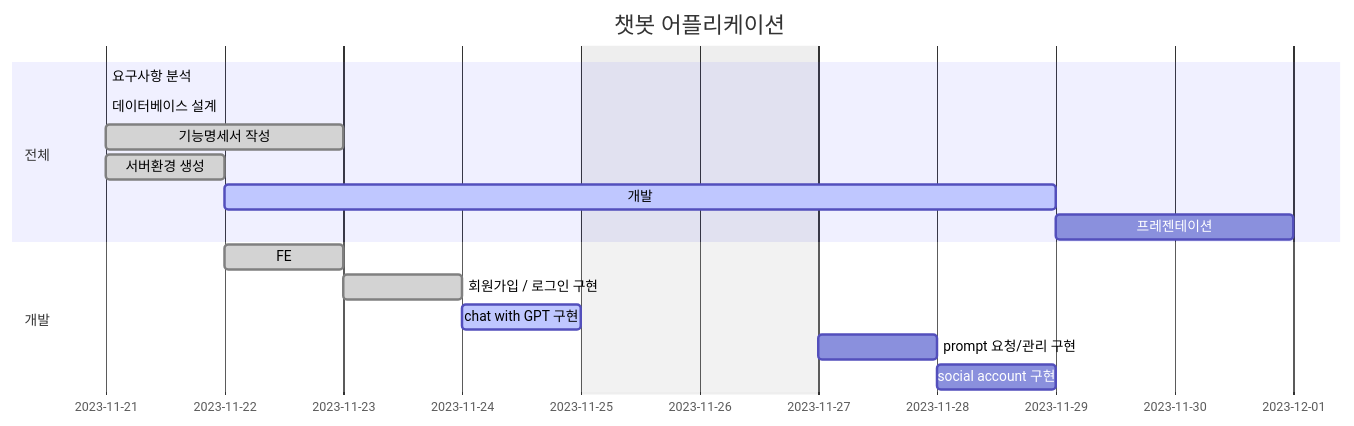
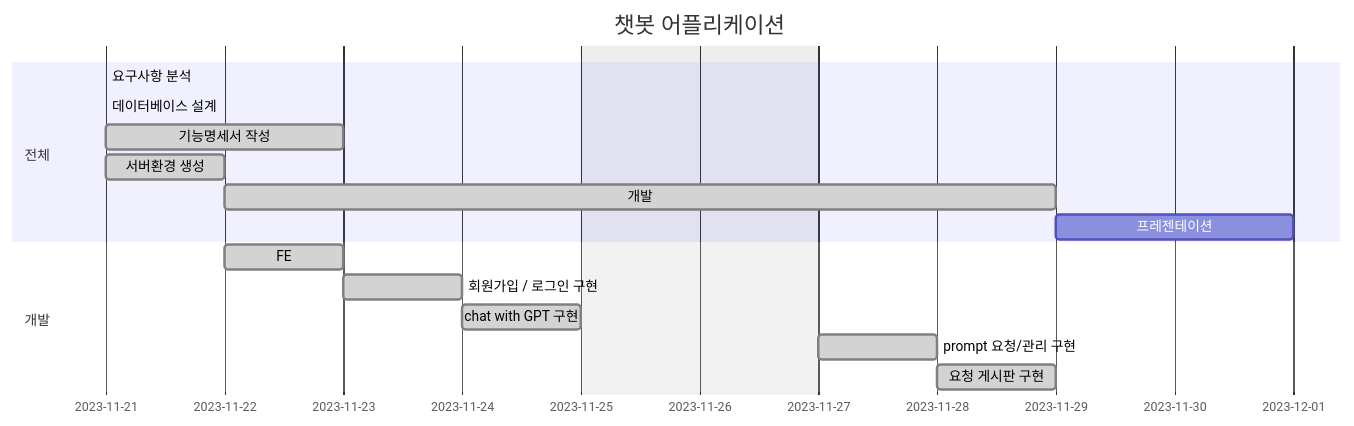
Before and after one commit to jmp7911/mid2_django_drf: the first of 2 diagrams in readme.md, drawn with Mermaid. The commit also changed other lines of this file, not shown here.

````diff
--- a/readme.md
+++ b/readme.md
@@ -47,25 +33,25 @@
 ```mermaid
 gantt
     dateFormat  YYYY-MM-DD
     title       챗봇 어플리케이션
     excludes    weekends
     %% (`excludes` accepts specific dates in YYYY-MM-DD format, days of the week ("sunday") or "weekends", but not the word "weekdays".)
 
     section  전체
     요구사항 분석            :done,    des1, 2023-11-21, 0d
     데이터베이스 설계         :done,  des, 2023-11-21, 0d
     기능명세서 작성         :done,  des2, 2023-11-21, 2d
     서버환경 생성         :done,  des3, 2023-11-21, 1d
-    개발                   :active, des4, after des3, 5d
+    개발                   :done, des4, after des3, 5d
     프레젠테이션             :des5, after des4, 2d
 
     section  개발
     FE            : done,   dev1, after des3, 1d
     회원가입 / 로그인 구현 :done,   dev2, after dev1, 1d
-    chat with GPT 구현 :active,   dev3, after dev2, 1d
-    prompt 요청/관리 구현 :   dev4, after dev3, 1d 
-    social account 구현 :   dev5, after dev4, 1d 
+    chat with GPT 구현 :done,   dev3, after dev2, 1d
+    prompt 요청/관리 구현 :done,   dev4, after dev3, 1d 
+    요청 게시판 구현 : done,  dev5, after dev4, 1d 
 
     
     
 ```
````
